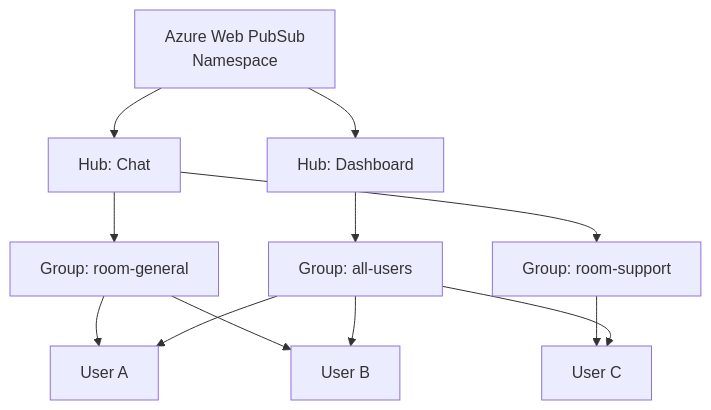
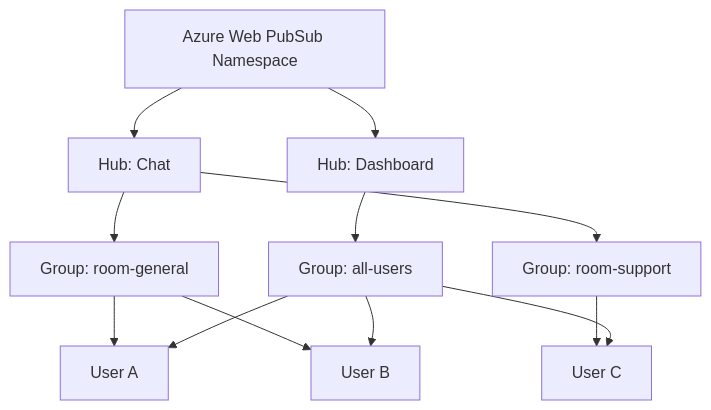
One commit to SoniiiT/notes-n-docs changed the second of 3 diagrams in Microsoft 365/Azure/Integration und Messaging/Azure Web PubSub.md. Above: the diagram before and after it, drawn with Mermaid. The commit also changed other lines of this file and 124 other files, not shown here.

First line of the commit message:
fix: Entferne \n aus allen Mermaid-Diagrammen (125 Dateien)

````diff
--- a/Microsoft 365/Azure/Integration und Messaging/Azure Web PubSub.md
+++ b/Microsoft 365/Azure/Integration und Messaging/Azure Web PubSub.md
@@ -50,14 +50,14 @@
 ```mermaid
 flowchart TD
-    WPS[Azure Web PubSub\nNamespace] --> H1[Hub: Chat]
+    WPS[Azure Web PubSub Namespace] --> H1[Hub: Chat]
     WPS --> H2[Hub: Dashboard]
     H1 --> G1[Group: room-general]
     H1 --> G2[Group: room-support]
     H2 --> G3[Group: all-users]
     G1 --> U1[User A]
     G1 --> U2[User B]
     G2 --> U3[User C]
     G3 --> U1
     G3 --> U2
     G3 --> U3
 ```
````
